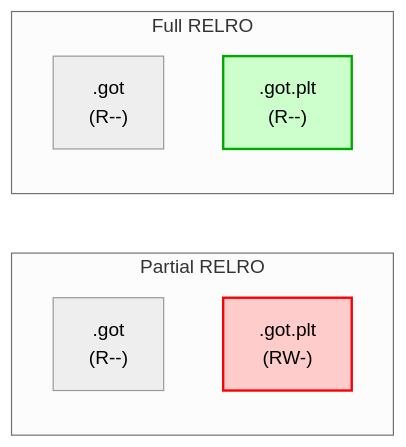
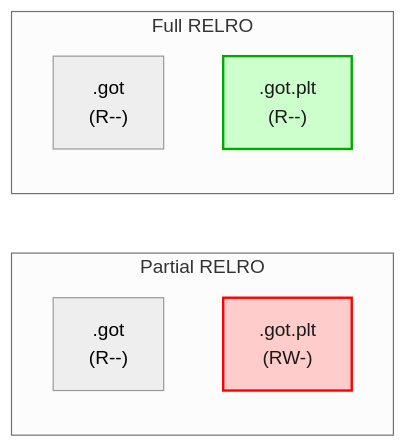
Before and after one commit to hiraditya/hiraditya.github.io: the second of 2 diagrams in _posts/2026-06-12-hardening-the-elf-understanding-relro.md, drawn with Mermaid (neutral theme). The commit also changed 2 other files, not shown here.

Commit message:
Fix mermaid node contrast on dark theme
Light fills rendered with light text on the dark theme, making several
diagram boxes unreadable. Pin an explicit dark text color on every
styled node.

````diff
--- a/_posts/2026-06-12-hardening-the-elf-understanding-relro.md
+++ b/_posts/2026-06-12-hardening-the-elf-understanding-relro.md
@@ -85,14 +85,14 @@
 ```mermaid
 graph LR
     subgraph Partial_RELRO ["Partial RELRO"]
         P_GOT[".got<br>(R--)"]
         P_GOTPLT[".got.plt<br>(RW-)"]
-        style P_GOTPLT fill:#ffcccc,stroke:#ff0000,stroke-width:2px
+        style P_GOTPLT fill:#ffcccc,stroke:#ff0000,stroke-width:2px,color:#1a1a1a
     end
 
     subgraph Full_RELRO ["Full RELRO"]
         F_GOT[".got<br>(R--)"]
         F_GOTPLT[".got.plt<br>(R--)"]
-        style F_GOTPLT fill:#ccffcc,stroke:#00aa00,stroke-width:2px
+        style F_GOTPLT fill:#ccffcc,stroke:#00aa00,stroke-width:2px,color:#1a1a1a
     end
 ```
````
